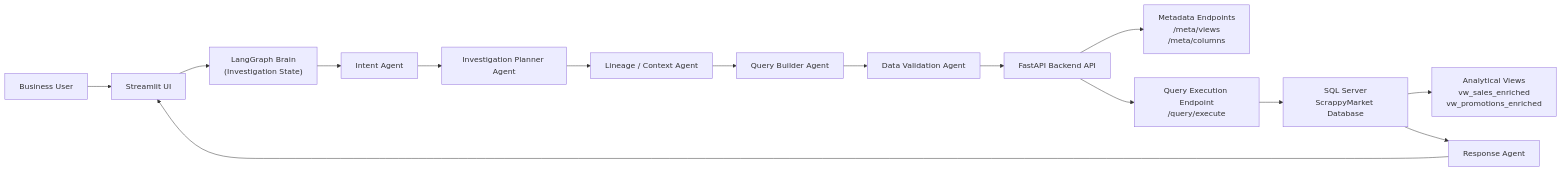
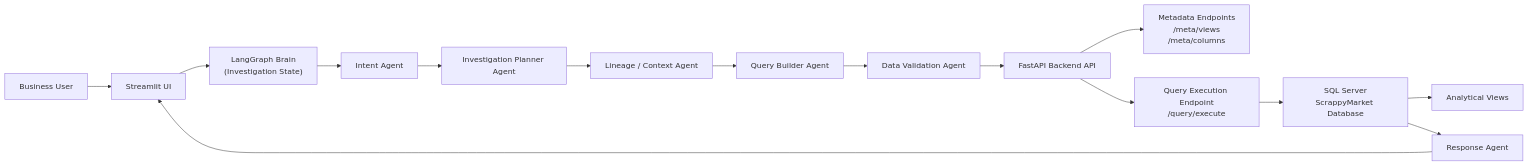
The diagram in docs/system_architecture.md (Raheem3600/Team-2-Scrappy-Market-Agentic-AI-Project), drawn with Mermaid before and after one commit. The commit also changed other lines of this file and 7 other files, not shown here.

````diff
--- a/docs/system_architecture.md
+++ b/docs/system_architecture.md
@@ -19,44 +26,43 @@
-```mermaid
+``` mermaid
 flowchart LR
 
 User["Business User"]
 UI["Streamlit UI"]
 
 Orchestrator["LangGraph Brain\n(Investigation State)"]
 
 Intent["Intent Agent"]
 Planner["Investigation Planner Agent"]
 Lineage["Lineage / Context Agent"]
 QueryBuilder["Query Builder Agent"]
 Validator["Data Validation Agent"]
 Response["Response Agent"]
 
 API["FastAPI Backend API"]
 
 Meta["Metadata Endpoints\n/meta/views\n/meta/columns"]
 Exec["Query Execution Endpoint\n/query/execute"]
 
 DB["SQL Server\nScrappyMarket Database"]
-Views["Analytical Views\nvw_sales_enriched\nvw_promotions_enriched"]
+Views["Analytical Views"]
 
 User --> UI
 UI --> Orchestrator
 
 Orchestrator --> Intent
 Intent --> Planner
 Planner --> Lineage
 Lineage --> QueryBuilder
 QueryBuilder --> Validator
 
 Validator --> API
 
 API --> Meta
 API --> Exec
 
 Exec --> DB
 DB --> Views
 
 DB --> Response
 Response --> UI
-
 ```
````
